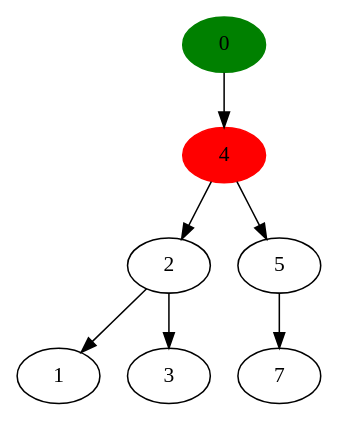
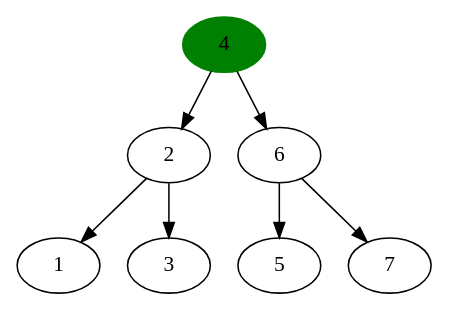
Before and after one commit to Les-Alchimistes-Labs/AlgorithmVisualizer: the diagram in algorithm_visualizer/src/save/tmp/tree.dot, drawn with Graphviz. The commit also changed 9 other files, not shown here.

```diff
--- a/algorithm_visualizer/src/save/tmp/tree.dot
+++ b/algorithm_visualizer/src/save/tmp/tree.dot
@@ -1,15 +1,15 @@
 digraph tree {
-n0 [label="0", style = filled , color = green]
-n4 [label="4", style = filled , color = red]
+n4 [label="4", style = filled , color = green]
 n2 [label="2"]
 n1 [label="1"]
 n3 [label="3"]
+n6 [label="6"]
 n5 [label="5"]
 n7 [label="7"]
-n0->n4
 n4->n2
-n4->n5
+n4->n6
 n2->n1
 n2->n3
-n5->n7
+n6->n5
+n6->n7
 }
```
